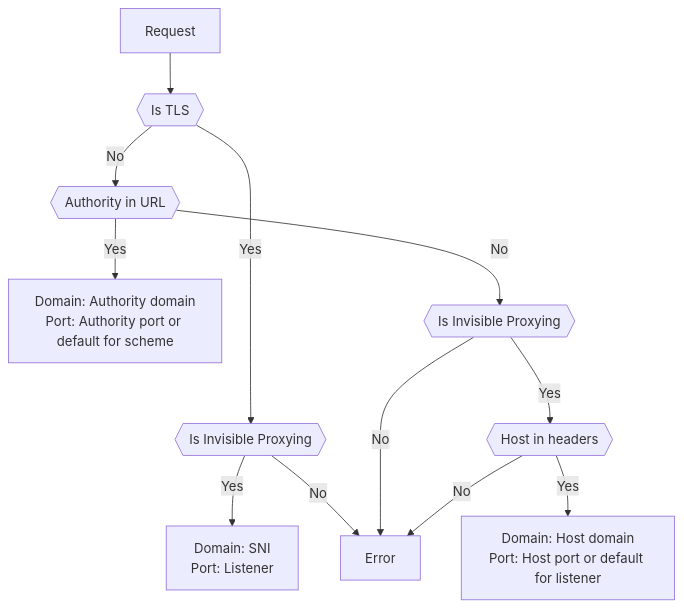
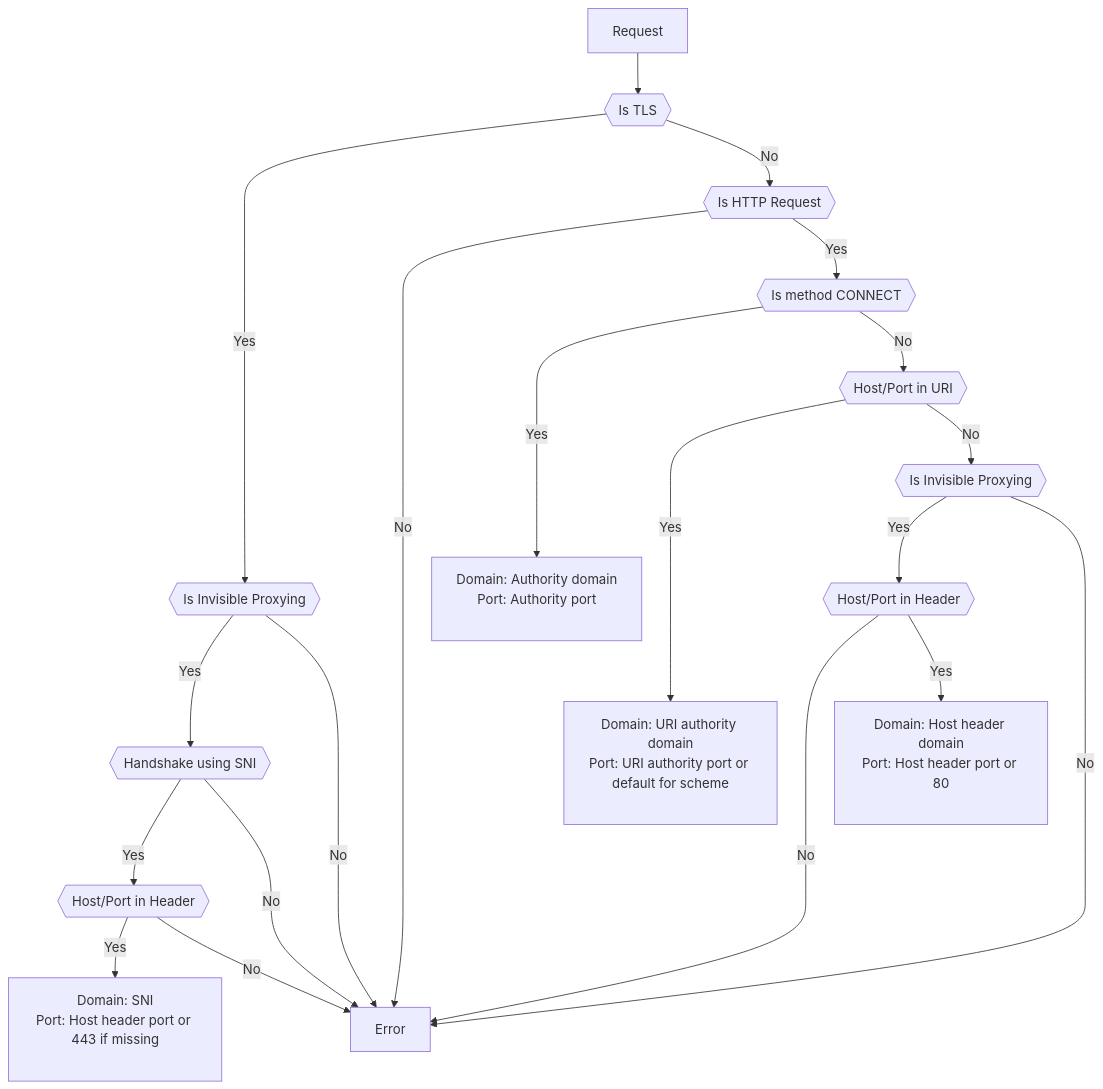
One commit to caido/documentation changed the second of 2 diagrams in src/concepts/proxying/traffic_splitting.md. Above: the diagram before and after it, drawn with Mermaid. The commit also changed other lines of this file and 3 other files, not shown here.

````diff
--- a/src/concepts/proxying/traffic_splitting.md
+++ b/src/concepts/proxying/traffic_splitting.md
@@ -39,14 +77,22 @@
 ```mermaid
 flowchart TD
   Request --> TLS{{Is TLS}}
   TLS --Yes --> InvisibleTLS{{Is Invisible Proxying}}
-  InvisibleTLS --Yes --> SNI[Domain: SNI<br>Port: Listener]
-  InvisibleTLS --No --> Error
-  TLS --No --> Url{{Authority in URL}}
-  Url --Yes --> Tunnel[Domain: Authority domain<br/>Port: Authority port or default for scheme]
+  TLS --No --> HTTP{{Is HTTP Request}}
+  InvisibleTLS --Yes --> Handshake{{Handshake using SNI}}
+  InvisibleTLS --->|No| Error
+  Handshake --Yes --> HeaderTLS{{Host/Port in Header}}
+  Handshake --->|No| Error
+  HeaderTLS --Yes --> SNI[Domain: SNI<br>Port: Host header port or 443 if missing<br/>&nbsp]
+  HeaderTLS --No --> Error
+  HTTP --->|No| Error
+  HTTP --Yes --> Connect{{Is method CONNECT}}
+  Connect ---->|Yes| ConnectTunnel[Domain: Authority domain<br/>Port: Authority port<br/>&nbsp]
+  Connect --No --> Url{{Host/Port in URI}}
+  Url ---->|Yes| Tunnel[Domain: URI authority domain<br/>Port: URI authority port or default for scheme<br/>&nbsp]
   Url --No --> InvisibleHttp{{Is Invisible Proxying}}
-  InvisibleHttp --Yes --> Header{{Host in headers}}
-  InvisibleHttp --No --> Error
-  Header --No --> Error
-  Header --Yes --> Direct[Domain: Host domain<br/>Port: Host port or default for listener]
+  InvisibleHttp --Yes --> Header{{Host/Port in Header}}
+  InvisibleHttp --->|No| Error
+  Header ---->|No| Error
+  Header --Yes --> Direct[Domain: Host header domain<br/>Port: Host header port or 80<br/>&nbsp]
 ```
````
